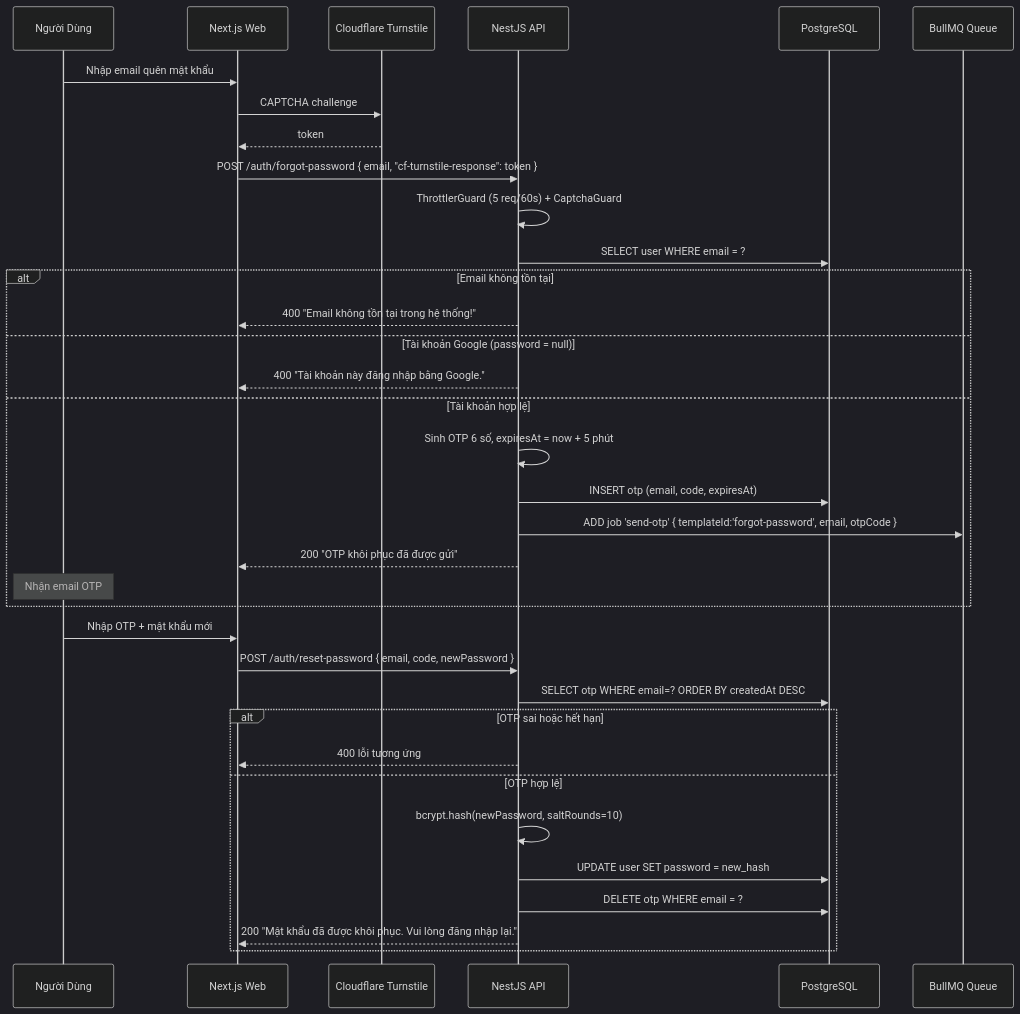
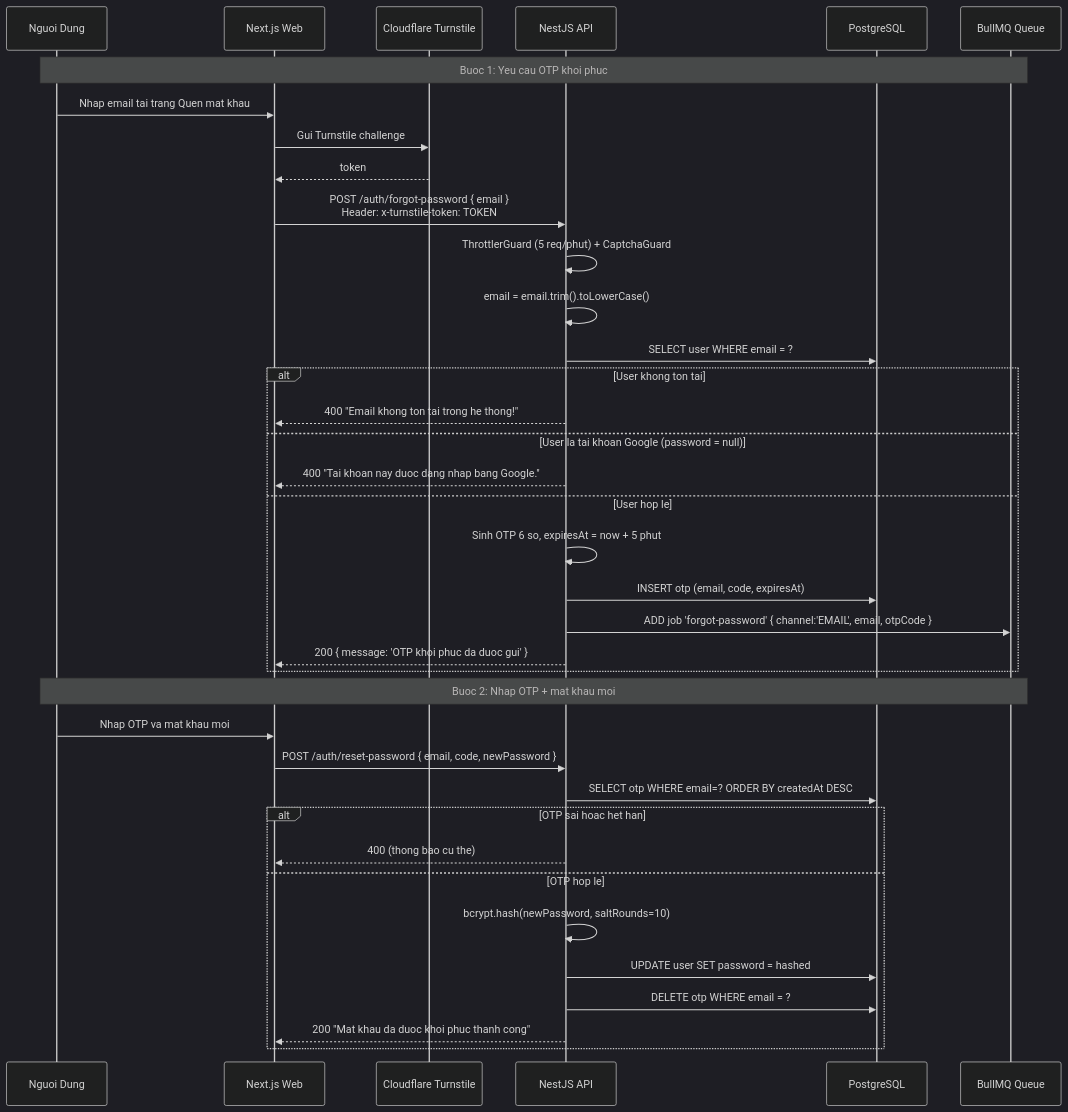
The sixth of 10 diagrams in blueprint/specs/auth.md (dorayakiiiiz/ticket-box), drawn with Mermaid (dark theme) before and after one commit. The commit also changed other lines of this file and 3 other files, not shown here.

````diff
--- a/blueprint/specs/auth.md
+++ b/blueprint/specs/auth.md
@@ -176,41 +255,44 @@
 ```mermaid
 sequenceDiagram
-    participant U as Người Dùng
+    participant U as Nguoi Dung
     participant FE as Next.js Web
     participant CF as Cloudflare Turnstile
     participant BE as NestJS API
     participant DB as PostgreSQL
     participant Q as BullMQ Queue
 
-    U->>FE: Nhập email quên mật khẩu
-    FE->>CF: CAPTCHA challenge
+    Note over U,Q: Buoc 1: Yeu cau OTP khoi phuc
+    U->>FE: Nhap email tai trang Quen mat khau
+    FE->>CF: Gui Turnstile challenge
     CF-->>FE: token
+    FE->>BE: POST /auth/forgot-password { email }<br/>Header: x-turnstile-token: TOKEN
 
-    FE->>BE: POST /auth/forgot-password { email, "cf-turnstile-response": token }
-    BE->>BE: ThrottlerGuard (5 req/60s) + CaptchaGuard
+    BE->>BE: ThrottlerGuard (5 req/phut) + CaptchaGuard
+    BE->>BE: email = email.trim().toLowerCase()
+    BE->>DB: SELECT user WHERE email = ?
 
-    BE->>DB: SELECT user WHERE email = ?
-    alt Email không tồn tại
-        BE-->>FE: 400 "Email không tồn tại trong hệ thống!"
-    else Tài khoản Google (password = null)
-        BE-->>FE: 400 "Tài khoản này đăng nhập bằng Google."
-    else Tài khoản hợp lệ
-        BE->>BE: Sinh OTP 6 số, expiresAt = now + 5 phút
+    alt User khong ton tai
+        BE-->>FE: 400 "Email khong ton tai trong he thong!"
+    else User la tai khoan Google (password = null)
+        BE-->>FE: 400 "Tai khoan nay duoc dang nhap bang Google."
+    else User hop le
+        BE->>BE: Sinh OTP 6 so, expiresAt = now + 5 phut
         BE->>DB: INSERT otp (email, code, expiresAt)
-        BE->>Q: ADD job 'send-otp' { templateId:'forgot-password', email, otpCode }
-        BE-->>FE: 200 "OTP khôi phục đã được gửi"
-        Note over U: Nhận email OTP
+        BE->>Q: ADD job 'forgot-password' { channel:'EMAIL', email, otpCode }
+        BE-->>FE: 200 { message: 'OTP khoi phuc da duoc gui' }
     end
-    
-    U->>FE: Nhập OTP + mật khẩu mới
+
+    Note over U,Q: Buoc 2: Nhap OTP + mat khau moi
+    U->>FE: Nhap OTP va mat khau moi
     FE->>BE: POST /auth/reset-password { email, code, newPassword }
+
     BE->>DB: SELECT otp WHERE email=? ORDER BY createdAt DESC
-    alt OTP sai hoặc hết hạn
-        BE-->>FE: 400 lỗi tương ứng
-    else OTP hợp lệ
+    alt OTP sai hoac het han
+        BE-->>FE: 400 (thong bao cu the)
+    else OTP hop le
         BE->>BE: bcrypt.hash(newPassword, saltRounds=10)
-        BE->>DB: UPDATE user SET password = new_hash
+        BE->>DB: UPDATE user SET password = hashed
         BE->>DB: DELETE otp WHERE email = ?
-        BE-->>FE: 200 "Mật khẩu đã được khôi phục. Vui lòng đăng nhập lại."
+        BE-->>FE: 200 "Mat khau da duoc khoi phuc thanh cong"
     end
 ```
````
